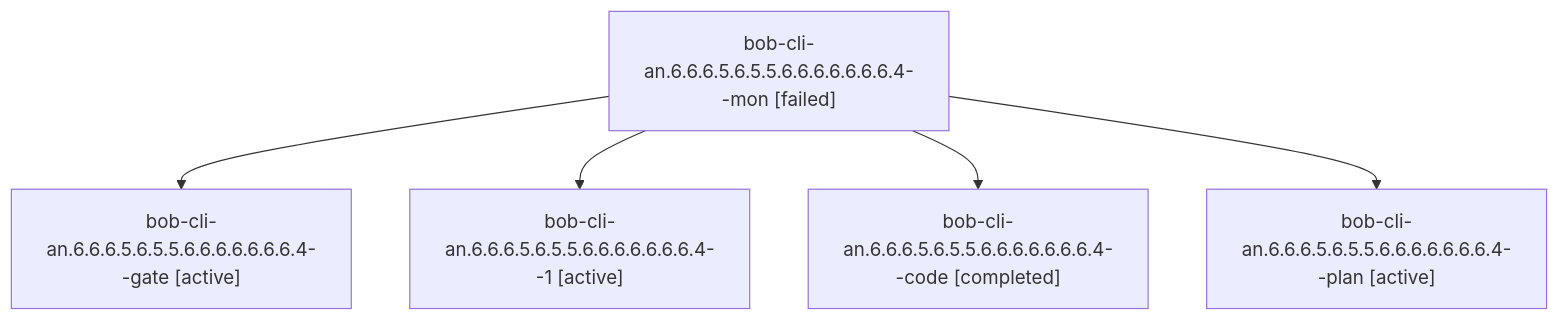
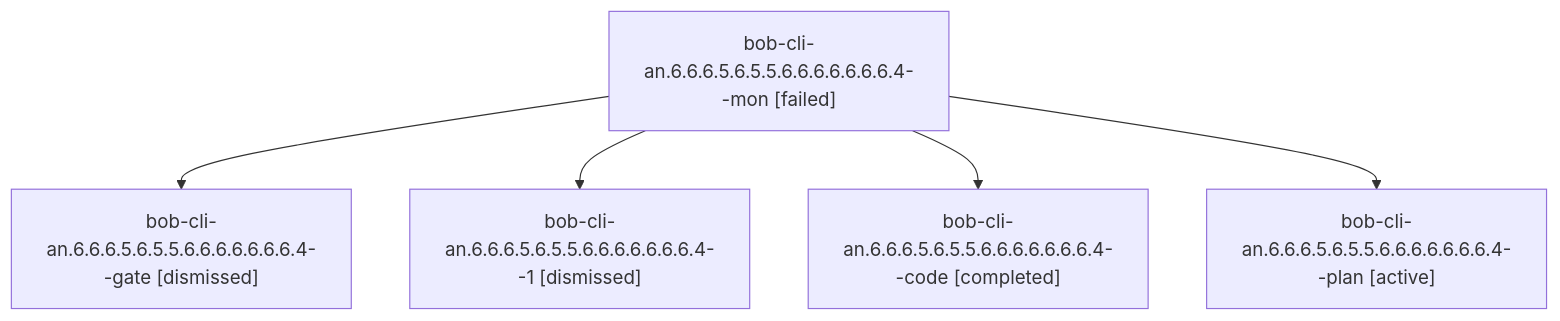
The diagram in sessions/bbugyi200.athena.bob-cli-an.6.6.6.5.6.5.5.6.6.6.6.6.6.6.4.md (bobs-org/bob-cli--agents), drawn with Mermaid before and after one commit. The commit also changed other lines of this file and 553 other files, not shown here.

````diff
--- a/sessions/bbugyi200.athena.bob-cli-an.6.6.6.5.6.5.5.6.6.6.6.6.6.6.4.md
+++ b/sessions/bbugyi200.athena.bob-cli-an.6.6.6.5.6.5.5.6.6.6.6.6.6.6.4.md
@@ -9,12 +9,12 @@
 ```mermaid
 flowchart TD
   n0["bob-cli-an.6.6.6.5.6.5.5.6.6.6.6.6.6.6.4--mon [failed]"]
-  n1["bob-cli-an.6.6.6.5.6.5.5.6.6.6.6.6.6.6.4--gate [active]"]
+  n1["bob-cli-an.6.6.6.5.6.5.5.6.6.6.6.6.6.6.4--gate [dismissed]"]
   n0 --> n1
-  n2["bob-cli-an.6.6.6.5.6.5.5.6.6.6.6.6.6.6.4--1 [active]"]
+  n2["bob-cli-an.6.6.6.5.6.5.5.6.6.6.6.6.6.6.4--1 [dismissed]"]
   n0 --> n2
   n3["bob-cli-an.6.6.6.5.6.5.5.6.6.6.6.6.6.6.4--code [completed]"]
   n0 --> n3
   n4["bob-cli-an.6.6.6.5.6.5.5.6.6.6.6.6.6.6.4--plan [active]"]
   n0 --> n4
 ```
````
